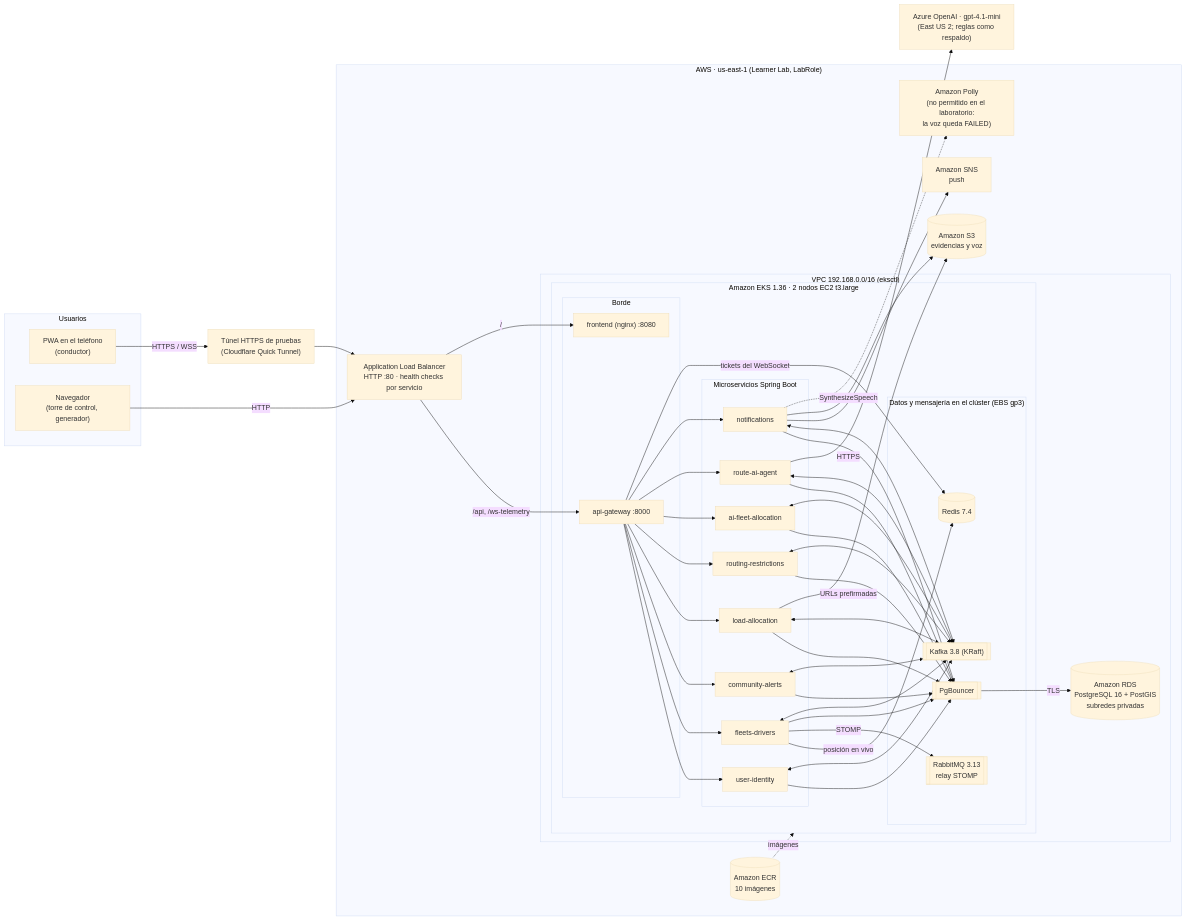
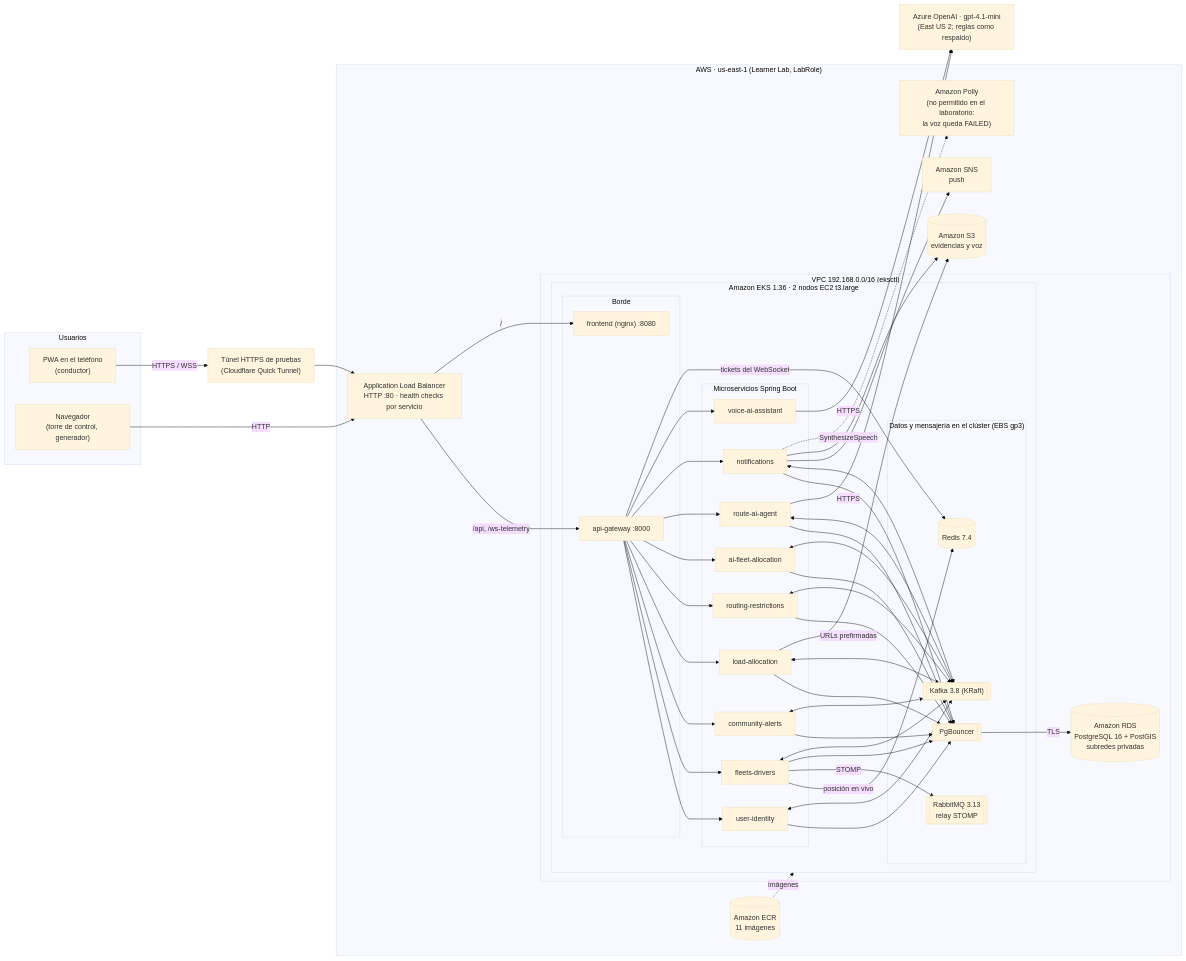
Before and after one commit to TRUCKCAR-APP/Deployment-Infrastructure: the first of 5 diagrams in docs/arquitectura/ARQUITECTURA.md, drawn with Mermaid (base theme). The commit also changed other lines of this file and 2 other files, not shown here.

````diff
--- a/docs/arquitectura/ARQUITECTURA.md
+++ b/docs/arquitectura/ARQUITECTURA.md
@@ -10,58 +12,59 @@
 ```mermaid
 flowchart LR
     subgraph users["Usuarios"]
         phone["PWA en el teléfono<br/>(conductor)"]
         desk["Navegador<br/>(torre de control, generador)"]
     end
     tunnel["Túnel HTTPS de pruebas<br/>(Cloudflare Quick Tunnel)"]
 
     subgraph aws["AWS · us-east-1 (Learner Lab, LabRole)"]
-        ecr[("Amazon ECR<br/>10 imágenes")]
+        ecr[("Amazon ECR<br/>11 imágenes")]
         alb["Application Load Balancer<br/>HTTP :80 · health checks por servicio"]
         subgraph vpc["VPC 192.168.0.0/16 (eksctl)"]
             subgraph eks["Amazon EKS 1.36 · 2 nodos EC2 t3.large"]
                 subgraph edge["Borde"]
                     gw["api-gateway :8000"]
                     fe["frontend (nginx) :8080"]
                 end
                 subgraph svc["Microservicios Spring Boot"]
                     ui["user-identity"]
                     fd["fleets-drivers"]
                     ca["community-alerts"]
                     la["load-allocation"]
                     rr["routing-restrictions"]
                     ai["ai-fleet-allocation"]
                     ra["route-ai-agent"]
                     nt["notifications"]
+                    va["voice-ai-assistant"]
                 end
                 subgraph data["Datos y mensajería en el clúster (EBS gp3)"]
                     pb[["PgBouncer"]]
                     kf[["Kafka 3.8 (KRaft)"]]
                     rmq[["RabbitMQ 3.13<br/>relay STOMP"]]
                     rd[("Redis 7.4")]
                 end
             end
             rds[("Amazon RDS<br/>PostgreSQL 16 + PostGIS<br/>subredes privadas")]
         end
         s3[("Amazon S3<br/>evidencias y voz")]
         sns["Amazon SNS<br/>push"]
         ai_svc["Amazon Polly<br/>(no permitido en el laboratorio:<br/>la voz queda FAILED)"]
     end
     aoai["Azure OpenAI · gpt-4.1-mini<br/>(East US 2; reglas como respaldo)"]
 
     phone -- HTTPS / WSS --> tunnel --> alb
     desk -- HTTP --> alb
     alb -- "/api, /ws-telemetry" --> gw
     alb -- "/" --> fe
-    gw --> ui & fd & ca & la & rr & ai & ra & nt
+    gw --> ui & fd & ca & la & rr & ai & ra & nt & va
     gw -- tickets del WebSocket --> rd
     fd -- posición en vivo --> rd
     fd -- STOMP --> rmq
     ui & fd & ca & la & rr & ai & ra & nt --> pb -- TLS --> rds
     ui & fd & ca & la & rr & ai & ra & nt <--> kf
     la -- URLs prefirmadas --> s3
     nt --> sns & s3
-    ra -- HTTPS --> aoai
+    ra & va -- HTTPS --> aoai
     nt -. SynthesizeSpeech .-> ai_svc
     ecr -. imágenes .-> eks
 ```
````
